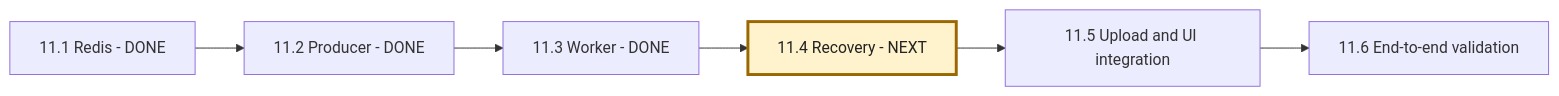
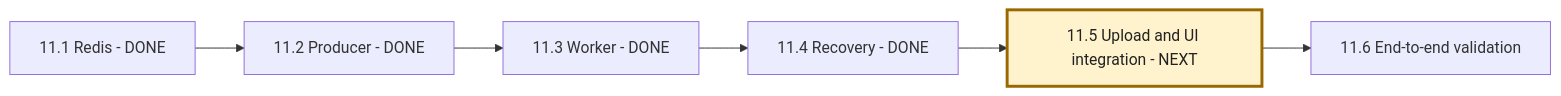
Before and after one commit to msdian0007/nexaAi: the third of 3 diagrams in NEXAAI_ROADMAP.md, drawn with Mermaid. The commit also changed other lines of this file and 13 other files, not shown here.

````diff
--- a/NEXAAI_ROADMAP.md
+++ b/NEXAAI_ROADMAP.md
@@ -243,9 +243,9 @@
 ```mermaid
 flowchart LR
     A[11.1 Redis - DONE] --> B[11.2 Producer - DONE]
     B --> C[11.3 Worker - DONE]
-    C --> D[11.4 Recovery - NEXT]
-    D --> E[11.5 Upload and UI integration]
+    C --> D[11.4 Recovery - DONE]
+    D --> E[11.5 Upload and UI integration - NEXT]
     E --> F[11.6 End-to-end validation]
-    style D fill:#fff3cd,stroke:#9a6700,stroke-width:3px,color:#222
+    style E fill:#fff3cd,stroke:#9a6700,stroke-width:3px,color:#222
 ```
````
